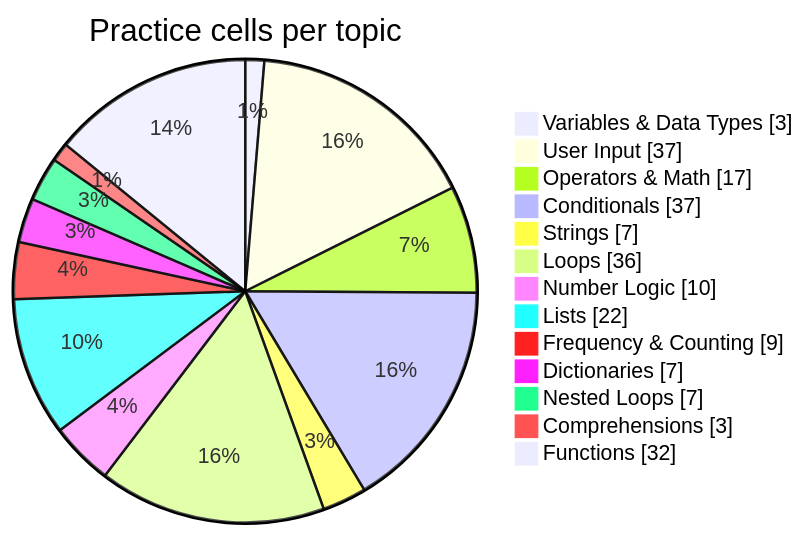
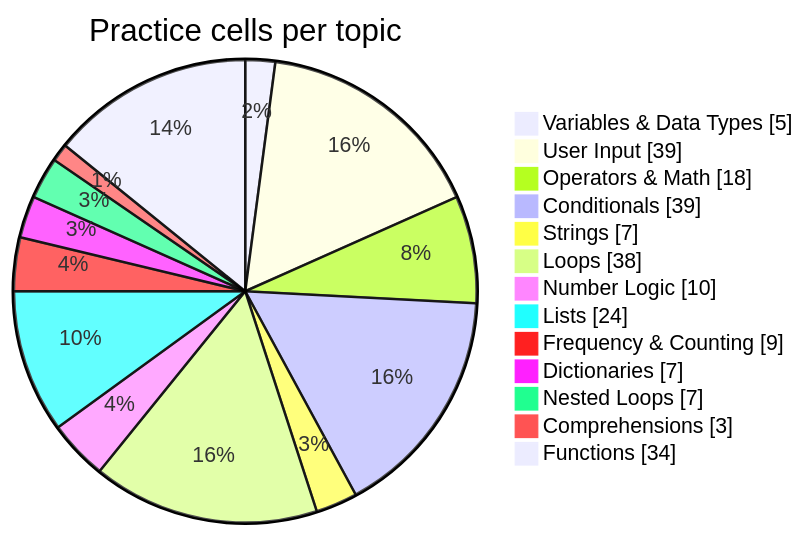
One commit to Phantom2101/Python-Daily-Practice changed the diagram in README.md. Above: the diagram before and after it, drawn with Mermaid. The commit also changed other lines of this file and 1 other file, not shown here.

````diff
--- a/README.md
+++ b/README.md
@@ -126,16 +126,16 @@
 ```mermaid
 pie showData title Practice cells per topic
-    "Variables & Data Types" : 3
-    "User Input" : 37
-    "Operators & Math" : 17
-    "Conditionals" : 37
+    "Variables & Data Types" : 5
+    "User Input" : 39
+    "Operators & Math" : 18
+    "Conditionals" : 39
     "Strings" : 7
-    "Loops" : 36
+    "Loops" : 38
     "Number Logic" : 10
-    "Lists" : 22
+    "Lists" : 24
     "Frequency & Counting" : 9
     "Dictionaries" : 7
     "Nested Loops" : 7
     "Comprehensions" : 3
-    "Functions" : 32
+    "Functions" : 34
 ```
````
